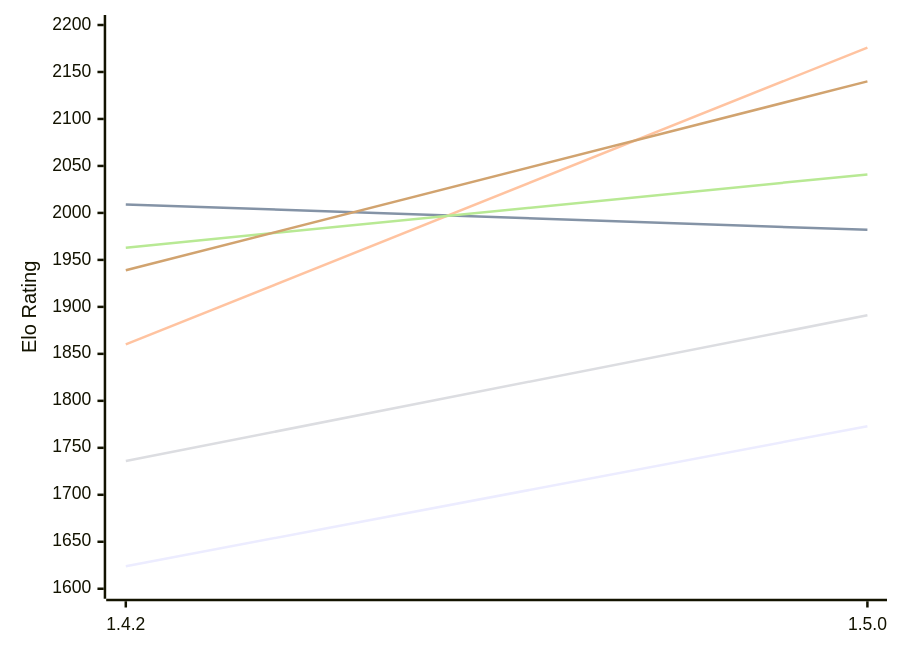
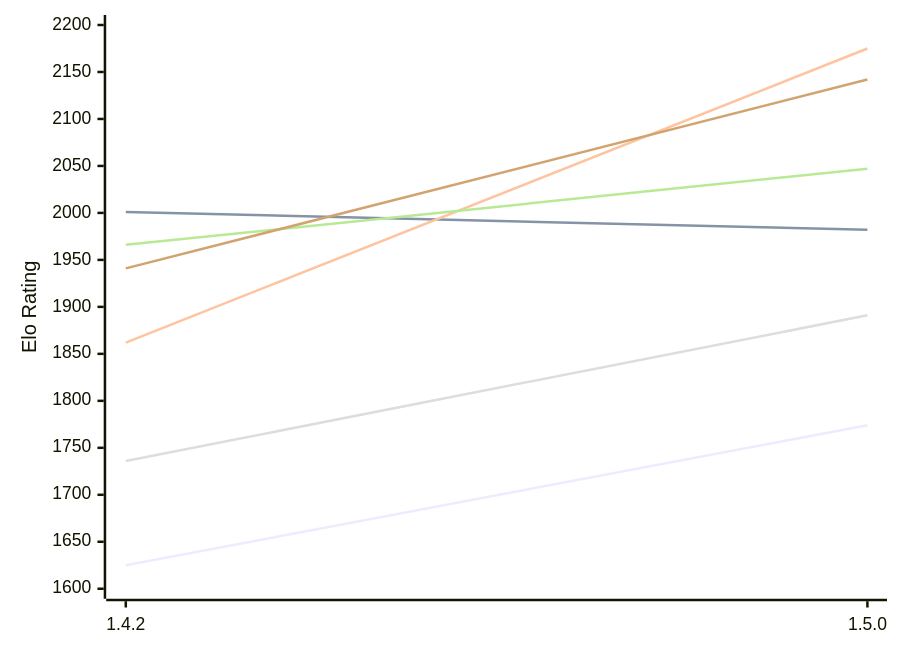
One commit to computer-chess-index/cci changed the first of 2 diagrams in engines/Zeppelin.md. Above: the diagram before and after it, drawn with Mermaid. The commit also changed other lines of this file, not shown here.

Commit message:
Update CCI Ratings (ELO VLTC) - 2026-11-28

````diff
--- a/engines/Zeppelin.md
+++ b/engines/Zeppelin.md
@@ -57,12 +57,12 @@
 ```mermaid
 %%{init: {"theme":"base","themeVariables":{"seriesColors:['#a3a3a3','#222221','#faa371']}}}%%
 xychart-beta
   x-axis ["1.4.2", "1.5.0"]
   y-axis "Elo Rating" 1600 --> 2200
-  line "E1: STC (8.0+0.08s)" [1624, 1773]
-  line "E1: LTC (60.0+0.60s)" [2009, 1982]
-  line "E1: VLTC (2m24s+1.12s)" [1860, 2176]
+  line "E1: STC (8.0+0.08s)" [1625, 1774]
+  line "E1: LTC (60.0+0.60s)" [2001, 1982]
+  line "E1: VLTC (2m24s+1.12s)" [1862, 2175]
   line "P1: STC (8.0+0.08s)" [1736, 1891]
-  line "P1: LTC (60.0+0.60s)" [1963, 2041]
-  line "P1: VLTC (2m24s+1.12s)" [1939, 2140]
+  line "P1: LTC (60.0+0.60s)" [1966, 2047]
+  line "P1: VLTC (2m24s+1.12s)" [1941, 2142]
 ```
````
